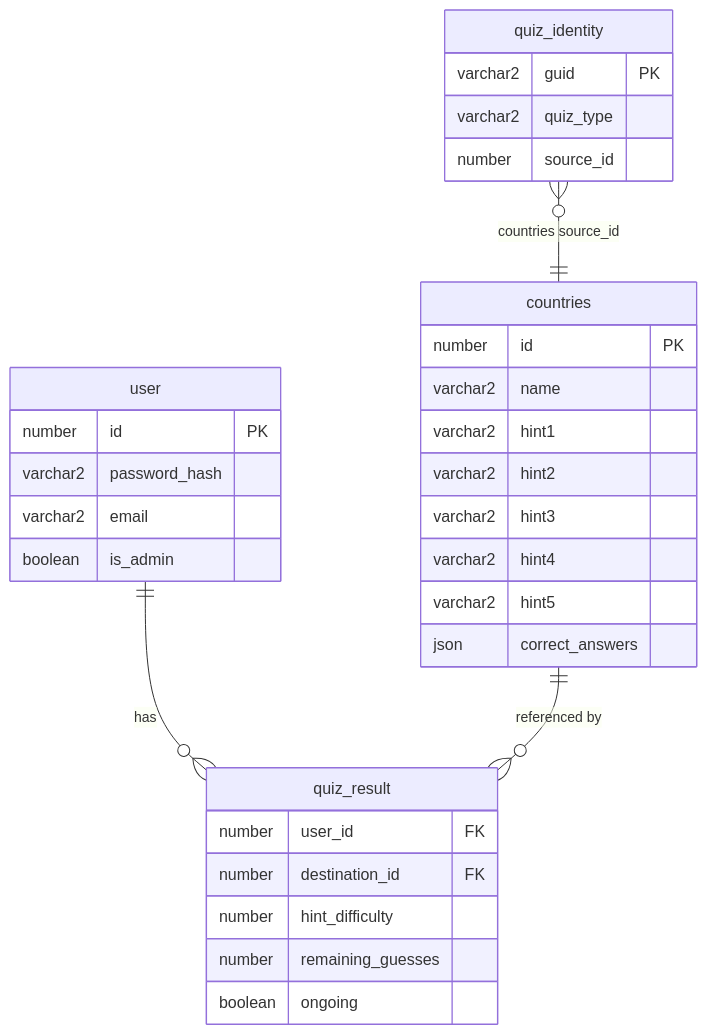
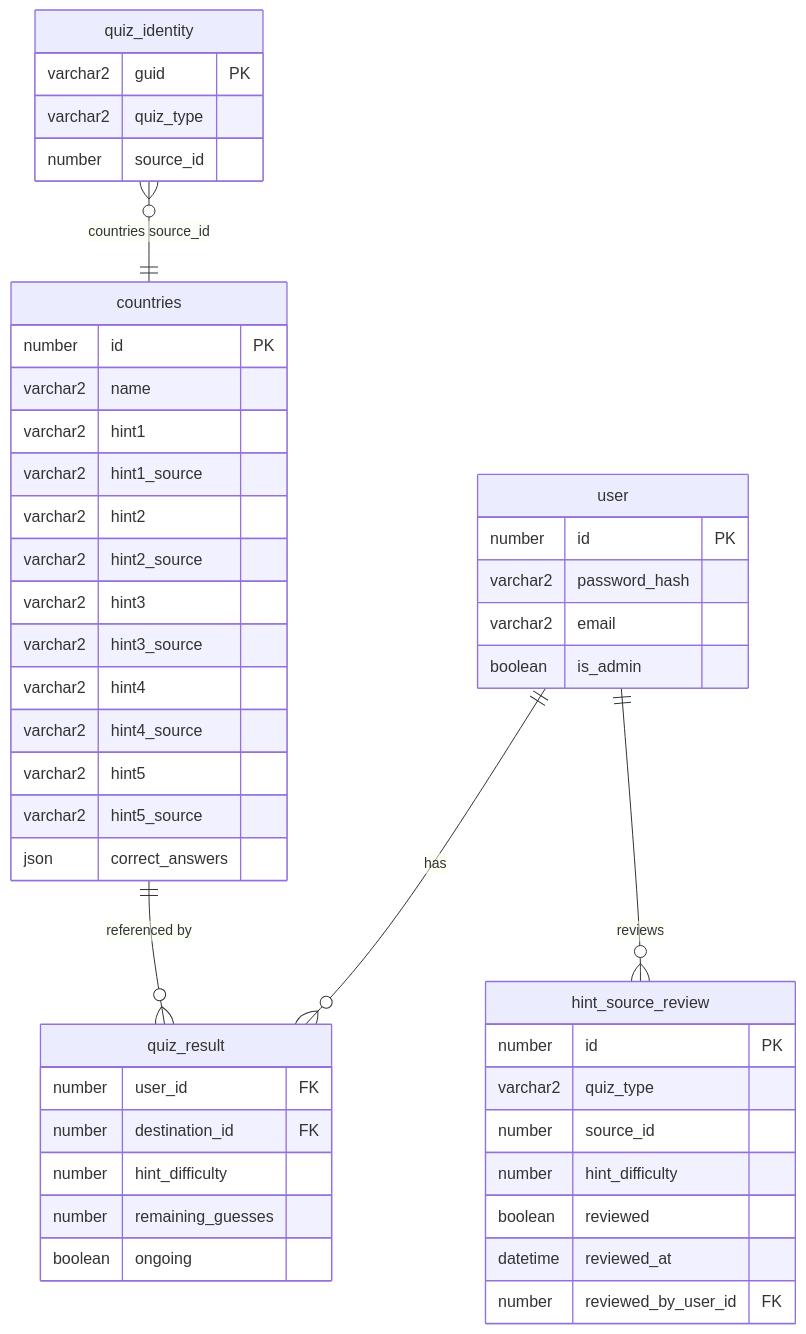
The diagram in docs/database_schema.md (fylke/quizzler), drawn with Mermaid before and after one commit. The commit also changed other lines of this file and 11 other files, not shown here.

Commit message:
Add admin hint source review workflow

````diff
--- a/docs/database_schema.md
+++ b/docs/database_schema.md
@@ -1,38 +1,54 @@
 ```mermaid
 erDiagram
     countries {
         number id PK
         varchar2 name
         varchar2 hint1
+        varchar2 hint1_source
         varchar2 hint2
+        varchar2 hint2_source
         varchar2 hint3
+        varchar2 hint3_source
         varchar2 hint4
+        varchar2 hint4_source
         varchar2 hint5
+        varchar2 hint5_source
         json correct_answers
     }
 
     quiz_identity {
         varchar2 guid PK
         varchar2 quiz_type
         number source_id
     }
 
     user {
         number id PK
         varchar2 password_hash
         varchar2 email
         boolean is_admin
     }
 
+    hint_source_review {
+        number id PK
+        varchar2 quiz_type
+        number source_id
+        number hint_difficulty
+        boolean reviewed
+        datetime reviewed_at
+        number reviewed_by_user_id FK
+    }
+
     quiz_result {
         number user_id FK
         number destination_id FK
         number hint_difficulty
         number remaining_guesses
         boolean ongoing
     }
 
     user ||--o{ quiz_result : "has"
     countries ||--o{ quiz_result : "referenced by"
     quiz_identity }o--|| countries : "countries source_id"
+    user ||--o{ hint_source_review : "reviews"
 ```
````
